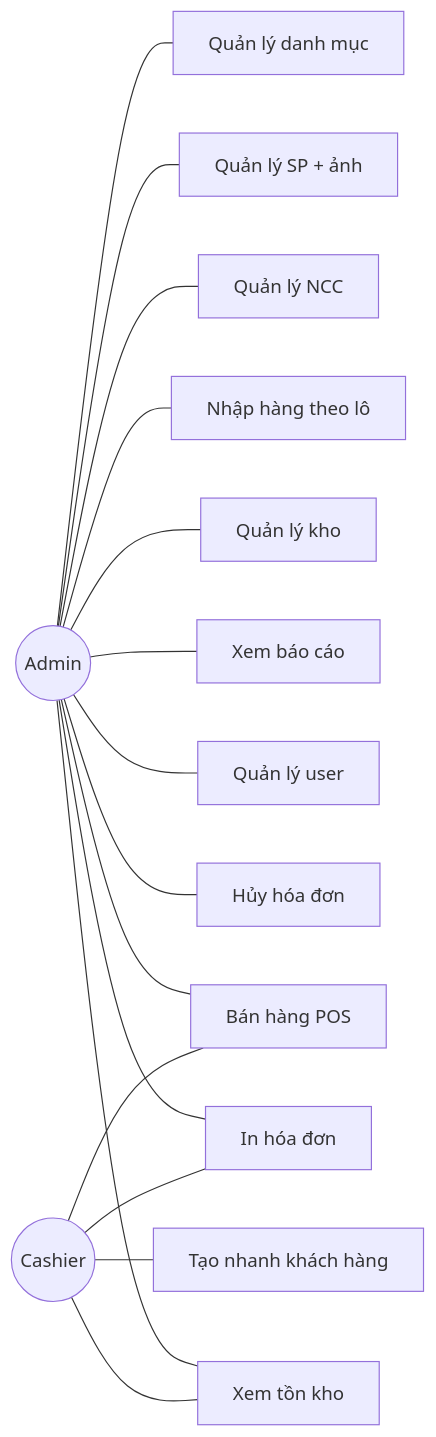
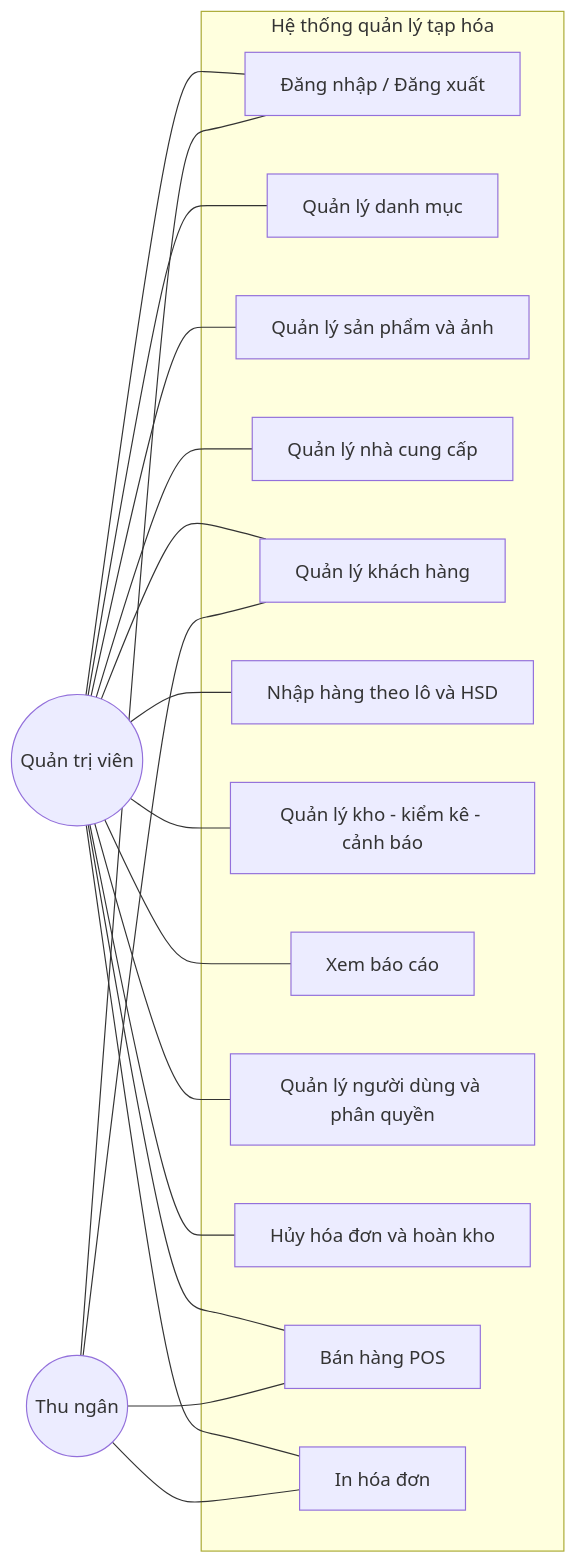
Before and after one commit to Vinhbui2123/QuanLyTapHoa_ABP: the first of 12 diagrams in pttk.md, drawn with Mermaid. The commit also changed other lines of this file and 54 other files, not shown here.

````diff
--- a/pttk.md
+++ b/pttk.md
@@ -55,23 +12,38 @@
 ```mermaid
 graph LR
-	Admin((Admin))
-	Cashier((Cashier))
+    Admin((Quản trị viên))
+    Cashier((Thu ngân))
 
-	Admin --- UC1[Quản lý danh mục]
-	Admin --- UC2[Quản lý SP + ảnh]
-	Admin --- UC3[Quản lý NCC]
-	Admin --- UC4[Nhập hàng theo lô]
-	Admin --- UC5[Quản lý kho]
-	Admin --- UC6[Xem báo cáo]
-	Admin --- UC7[Quản lý user]
-	Admin --- UC8[Hủy hóa đơn]
+    subgraph HeThong["Hệ thống quản lý tạp hóa"]
+        Login[Đăng nhập / Đăng xuất]
+        UC1[Quản lý danh mục]
+        UC2[Quản lý sản phẩm và ảnh]
+        UC3[Quản lý nhà cung cấp]
+        UC4[Quản lý khách hàng]
+        UC5[Nhập hàng theo lô và HSD]
+        UC6[Quản lý kho - kiểm kê - cảnh báo]
+        UC7[Xem báo cáo]
+        UC8[Quản lý người dùng và phân quyền]
+        UC9[Hủy hóa đơn và hoàn kho]
+        UC10[Bán hàng POS]
+        UC11[In hóa đơn]
+    end
 
-	Cashier --- UC9[Bán hàng POS]
-	Cashier --- UC10[Tạo nhanh khách hàng]
-	Cashier --- UC11[In hóa đơn]
-	Cashier --- UC12[Xem tồn kho]
+    Admin --- Login
+    Admin --- UC1
+    Admin --- UC2
+    Admin --- UC3
+    Admin --- UC4
+    Admin --- UC5
+    Admin --- UC6
+    Admin --- UC7
+    Admin --- UC8
+    Admin --- UC9
+    Admin --- UC10
+    Admin --- UC11
 
-	Admin --- UC9
-	Admin --- UC11
-	Admin --- UC12
+    Cashier --- Login
+    Cashier --- UC4
+    Cashier --- UC10
+    Cashier --- UC11
 ```
````
